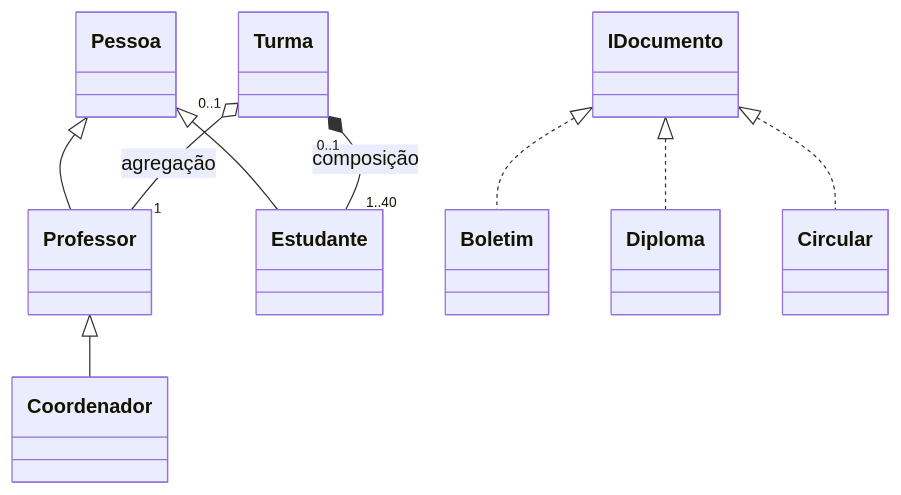
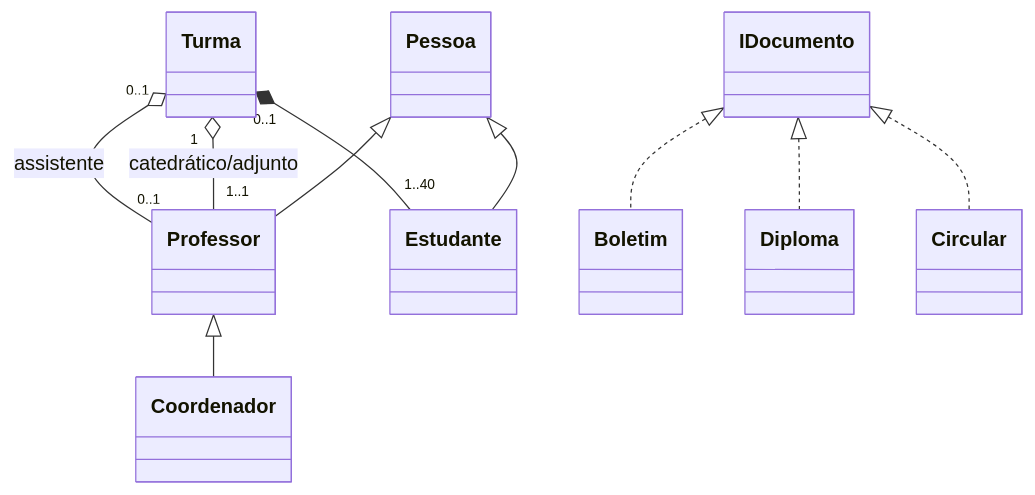
Before and after one commit to educsantos/sga: the diagram in docs/diagrama_de_classe.mermaid, drawn with Mermaid. The commit also changed other lines of this file, not shown here.

Commit message:
Altualizado o diagrama de classe. Alterei o relacionamento entre Turma e Professor de modo a explicitar os casos de Professor Cadetrático/Adjunto e Professor Assistente.

```diff
--- a/docs/diagrama_de_classe.mermaid
+++ b/docs/diagrama_de_classe.mermaid
@@ -1,17 +1,18 @@
 classDiagram
 
 Pessoa <|-- Professor
 Pessoa <|-- Estudante
 Professor <|-- Coordenador
-Turma "0..1" o-- "1" Professor : agregação
-Turma "0..1" *-- "1..40" Estudante : composição
+Turma "1" o-- "1..1" Professor : catedrático/adjunto
+Turma "0..1" o-- "0..1" Professor : assistente
+Turma "0..1" *-- "1..40" Estudante
 
 %% Comentário: Uma turma é considerada viável se tiver pelo menos 20 estudantes matriculados.
   %% Essa lógica será implementada no método verificarViabilidade() da classe Turma.
 
 %% Documentos do Estudante
 IDocumento <|.. Boletim
 IDocumento <|.. Diploma
 
 %% Documentos Institucionais
 IDocumento <|.. Circular
```
